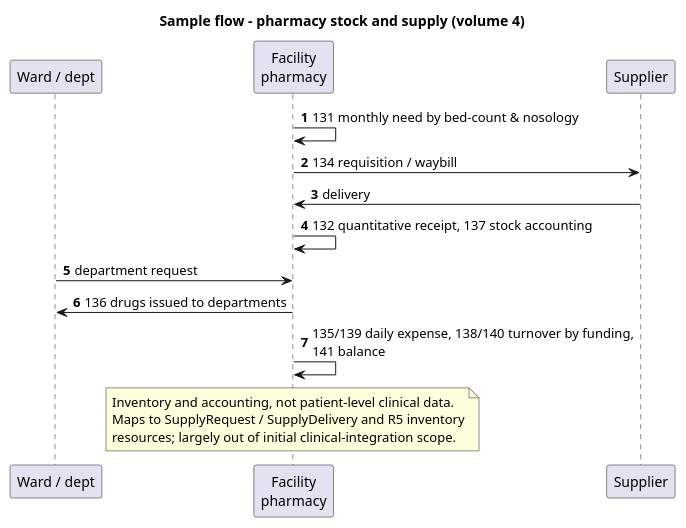
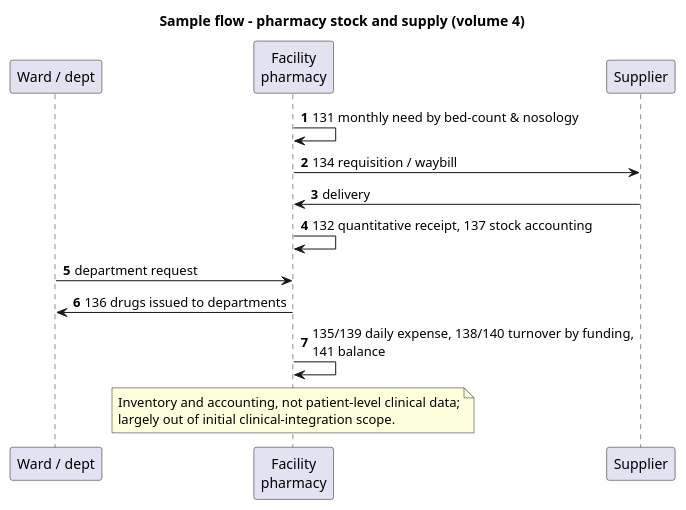
Before and after one commit to uzinfocom-org/digital-health-integration: the diagram in input/images-source/forms-vol04-flow.plantuml, drawn with PlantUML. The commit also changed 12 other files, not shown here.

Commit message:
strip FHIR mappings from volume diagrams

```diff
--- a/input/images-source/forms-vol04-flow.plantuml
+++ b/input/images-source/forms-vol04-flow.plantuml
@@ -1,22 +1,21 @@
 @startuml forms-vol04-flow
 title Sample flow - pharmacy stock and supply (volume 4)
 autonumber
 
 participant "Ward / dept" as W
 participant "Facility\npharmacy" as PH
 participant "Supplier" as SUP
 
 PH -> PH : 131 monthly need by bed-count & nosology
 PH -> SUP : 134 requisition / waybill
 SUP -> PH : delivery
 PH -> PH : 132 quantitative receipt, 137 stock accounting
 W -> PH : department request
 PH -> W : 136 drugs issued to departments
 PH -> PH : 135/139 daily expense, 138/140 turnover by funding,\n141 balance
 
 note over PH
-  Inventory and accounting, not patient-level clinical data.
-  Maps to SupplyRequest / SupplyDelivery and R5 inventory
-  resources; largely out of initial clinical-integration scope.
+  Inventory and accounting, not patient-level clinical data;
+  largely out of initial clinical-integration scope.
 end note
 @enduml
```
